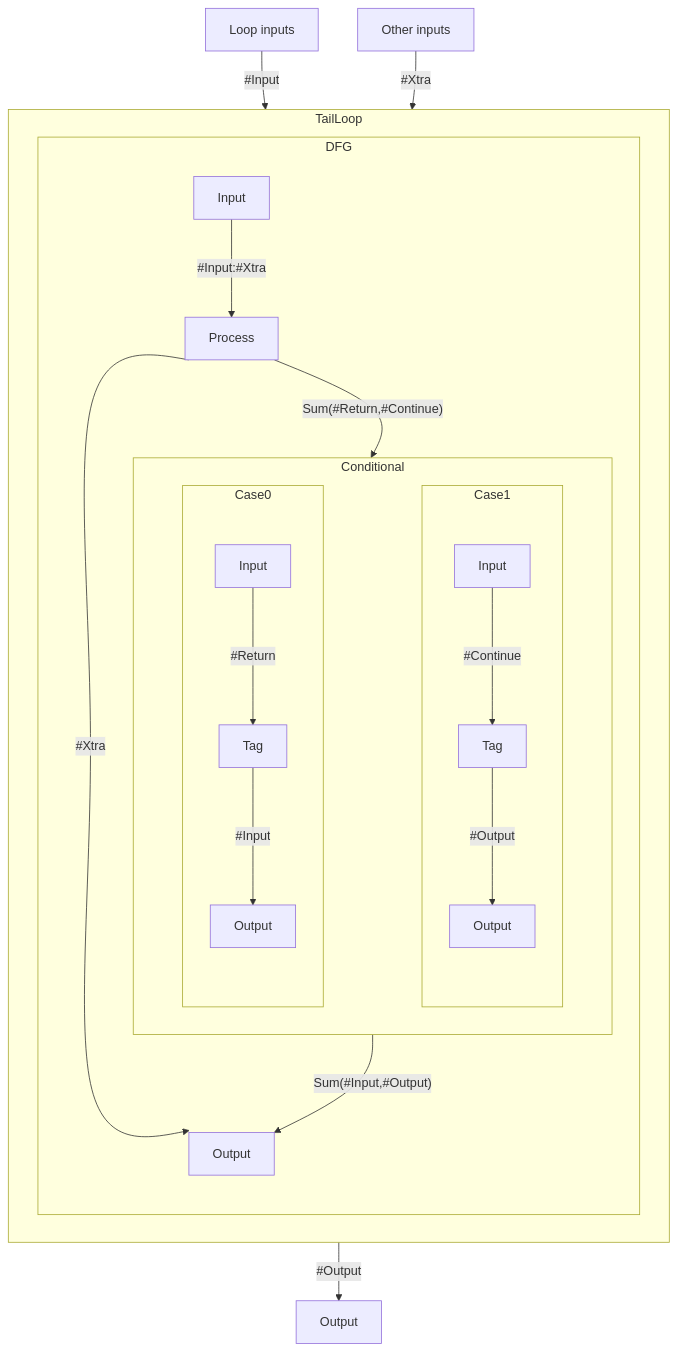
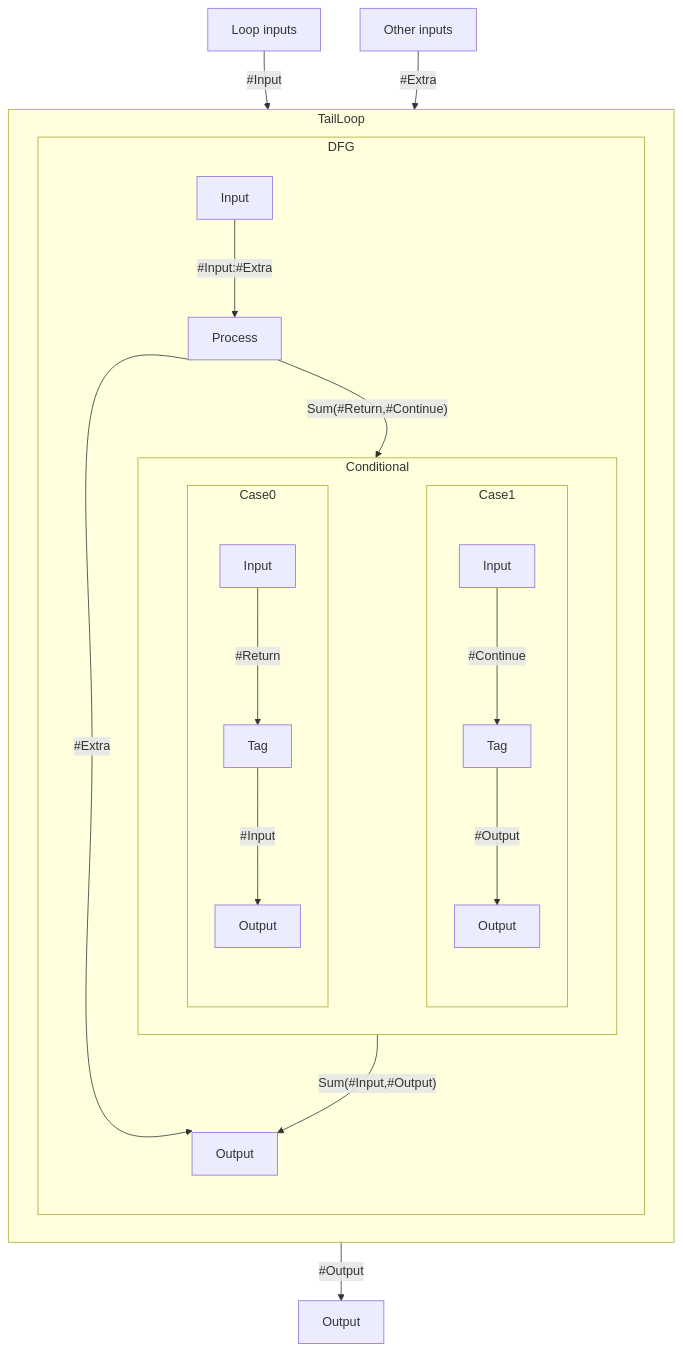
One commit to Quantinuum/hugr changed the fourth of 7 diagrams in specification/hugr.md. Above: the diagram before and after it, drawn with Mermaid. The commit also changed other lines of this file, not shown here.

Commit message:
Xtra -> Extra

````diff
--- a/specification/hugr.md
+++ b/specification/hugr.md
@@ -394,48 +394,48 @@
 ```mermaid
 flowchart TB
  subgraph Case0["Case0"]
         TI0["Input"]
         TIT["Tag"]
         TO0["Output"]
   end
  subgraph Case1["Case1"]
         TI1["Input"]
         TIT1["Tag"]
         TO1["Output"]
   end
  subgraph Conditional["Conditional"]
     direction LR
         Case0
         Case1
   end
  subgraph DFG["DFG"]
         Process["Process"]
         Conditional
         CI["Input"]
         CO["Output"]
   end
  subgraph TailLoop["TailLoop"]
     direction LR
         DFG
   end
 
  0["Loop inputs"]
  1["Other inputs"]
  2["Output"]
  0 -- #Input --> TailLoop
- 1 -- #Xtra --> TailLoop
+ 1 -- #Extra --> TailLoop
  TailLoop -- #Output --> 2
  TI0 -- #Return --> TIT
  TIT -- #Input --> TO0
  TI1 -- #Continue --> TIT1
  TIT1 -- #Output --> TO1
  Case0 ~~~ Case1
- Process L_Process_CO_0@-- #Xtra --> CO
- CI L_CI_Process_0@-- #Input:#Xtra --> Process
+ Process L_Process_CO_0@-- #Extra --> CO
+ CI L_CI_Process_0@-- #Input:#Extra --> Process
  Process L_Process_Conditional_0@-- Sum(#Return,#Continue) --> Conditional
  Conditional -- Sum(#Input,#Output) --> CO
 
  L_Process_CO_0@{ curve: natural }
  L_CI_Process_0@{ curve: natural }
  L_Process_Conditional_0@{ curve: natural }
 ```
````
